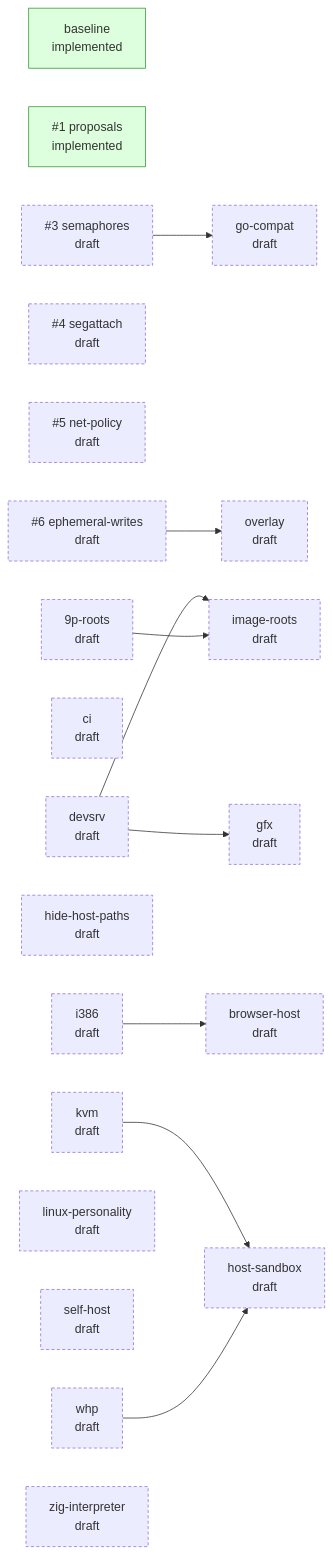
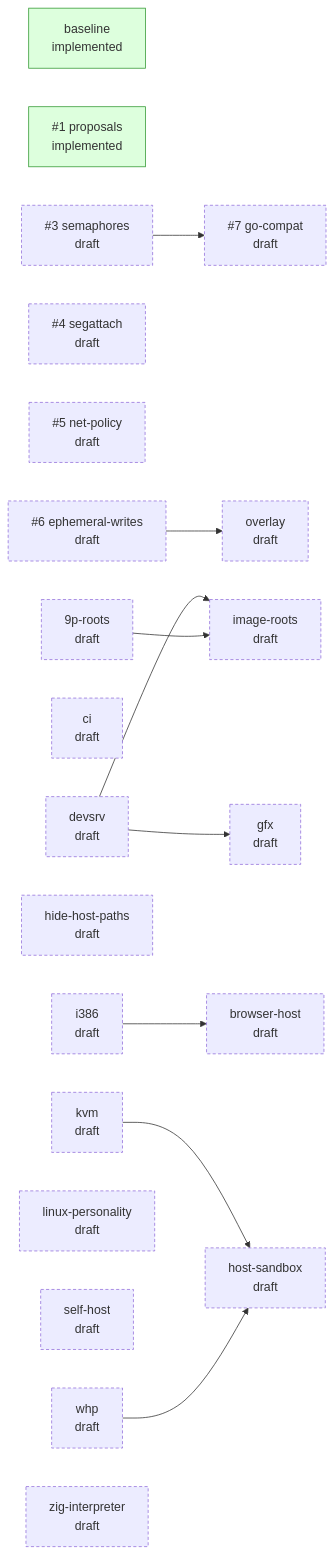
Before and after one commit to jpf/hyper9: the diagram in README.md, drawn with Mermaid. The commit also changed other lines of this file and 6 other files, not shown here.

````diff
--- a/README.md
+++ b/README.md
@@ -39,37 +39,37 @@
 ```mermaid
 flowchart LR
   classDef draft stroke-dasharray: 4 3
   classDef accepted stroke-width: 2px
   classDef implemented fill:#dfd,stroke:#393
   classDef closed fill:#eee,stroke:#999,color:#777
   p_baseline["baseline<br/>implemented"]:::implemented
   p_proposals["#35;1 proposals<br/>implemented"]:::implemented
   p_semaphores["#35;3 semaphores<br/>draft"]:::draft
   p_segattach["#35;4 segattach<br/>draft"]:::draft
   p_net_policy["#35;5 net-policy<br/>draft"]:::draft
   p_ephemeral_writes["#35;6 ephemeral-writes<br/>draft"]:::draft
+  p_go_compat["#35;7 go-compat<br/>draft"]:::draft
   p_9p_roots["9p-roots<br/>draft"]:::draft
   p_browser_host["browser-host<br/>draft"]:::draft
   p_ci["ci<br/>draft"]:::draft
   p_devsrv["devsrv<br/>draft"]:::draft
   p_gfx["gfx<br/>draft"]:::draft
-  p_go_compat["go-compat<br/>draft"]:::draft
   p_hide_host_paths["hide-host-paths<br/>draft"]:::draft
   p_host_sandbox["host-sandbox<br/>draft"]:::draft
   p_i386["i386<br/>draft"]:::draft
   p_image_roots["image-roots<br/>draft"]:::draft
   p_kvm["kvm<br/>draft"]:::draft
   p_linux_personality["linux-personality<br/>draft"]:::draft
   p_overlay["overlay<br/>draft"]:::draft
   p_self_host["self-host<br/>draft"]:::draft
   p_whp["whp<br/>draft"]:::draft
   p_zig_interpreter["zig-interpreter<br/>draft"]:::draft
+  p_semaphores --> p_go_compat
   p_i386 --> p_browser_host
   p_devsrv --> p_gfx
-  p_semaphores --> p_go_compat
   p_kvm --> p_host_sandbox
   p_whp --> p_host_sandbox
   p_devsrv --> p_image_roots
   p_9p_roots --> p_image_roots
   p_ephemeral_writes --> p_overlay
 ```
````
